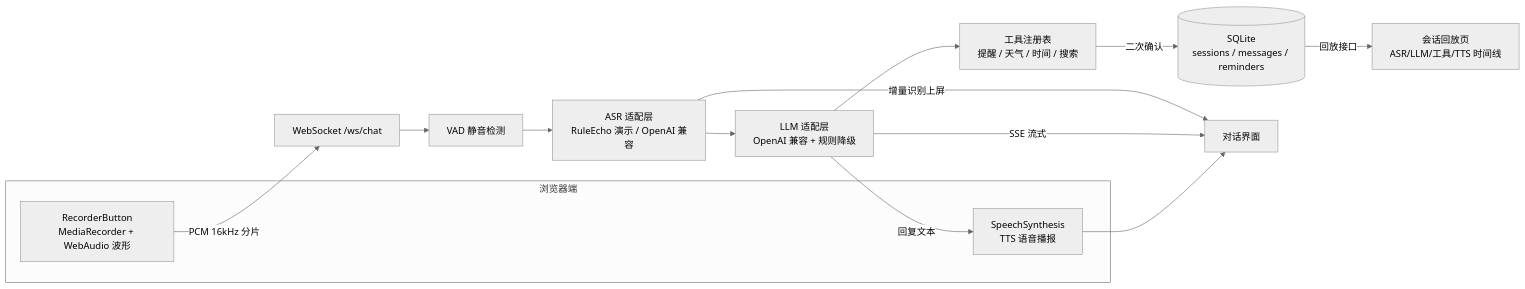
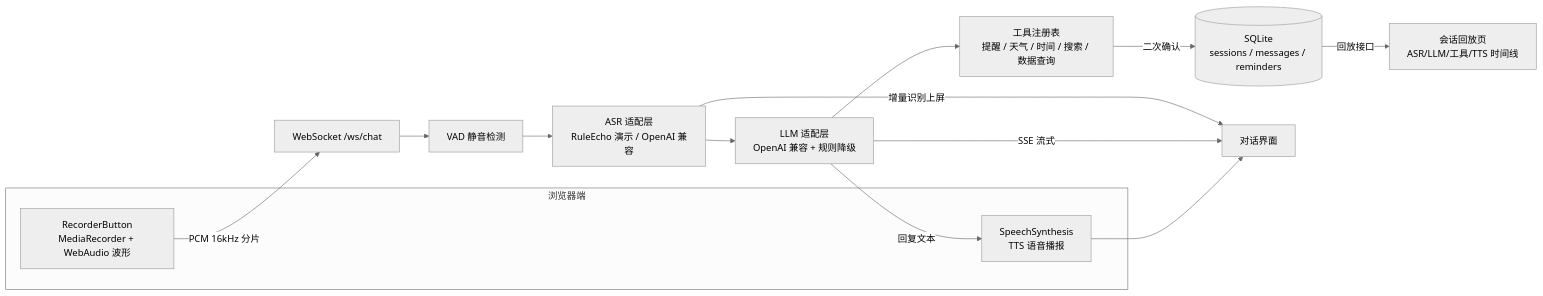
The diagram in README.md (flowerwithwind/voicepilot), drawn with Mermaid (neutral theme) before and after one commit. The commit also changed other lines of this file and 7 other files, not shown here.

````diff
--- a/README.md
+++ b/README.md
@@ -20,20 +23,20 @@
 ```mermaid
 flowchart LR
     subgraph B[浏览器端]
         R[RecorderButton<br/>MediaRecorder + WebAudio 波形]
         TTS[SpeechSynthesis<br/>TTS 语音播报]
     end
 
     R -->|PCM 16kHz 分片| WS[WebSocket /ws/chat]
     WS --> VAD[VAD 静音检测]
     VAD --> ASR[ASR 适配层<br/>RuleEcho 演示 / OpenAI 兼容]
     ASR --> LLM[LLM 适配层<br/>OpenAI 兼容 + 规则降级]
-    LLM --> TOOL[工具注册表<br/>提醒 / 天气 / 时间 / 搜索]
+    LLM --> TOOL[工具注册表<br/>提醒 / 天气 / 时间 / 搜索 / 数据查询]
     TOOL -->|二次确认| DB[(SQLite<br/>sessions / messages / reminders)]
     DB -->|回放接口| RP[会话回放页<br/>ASR/LLM/工具/TTS 时间线]
 
     ASR -->|增量识别上屏| UI[对话界面]
     LLM -->|SSE 流式| UI
     LLM -->|回复文本| TTS
     TTS --> UI
 ```
````
